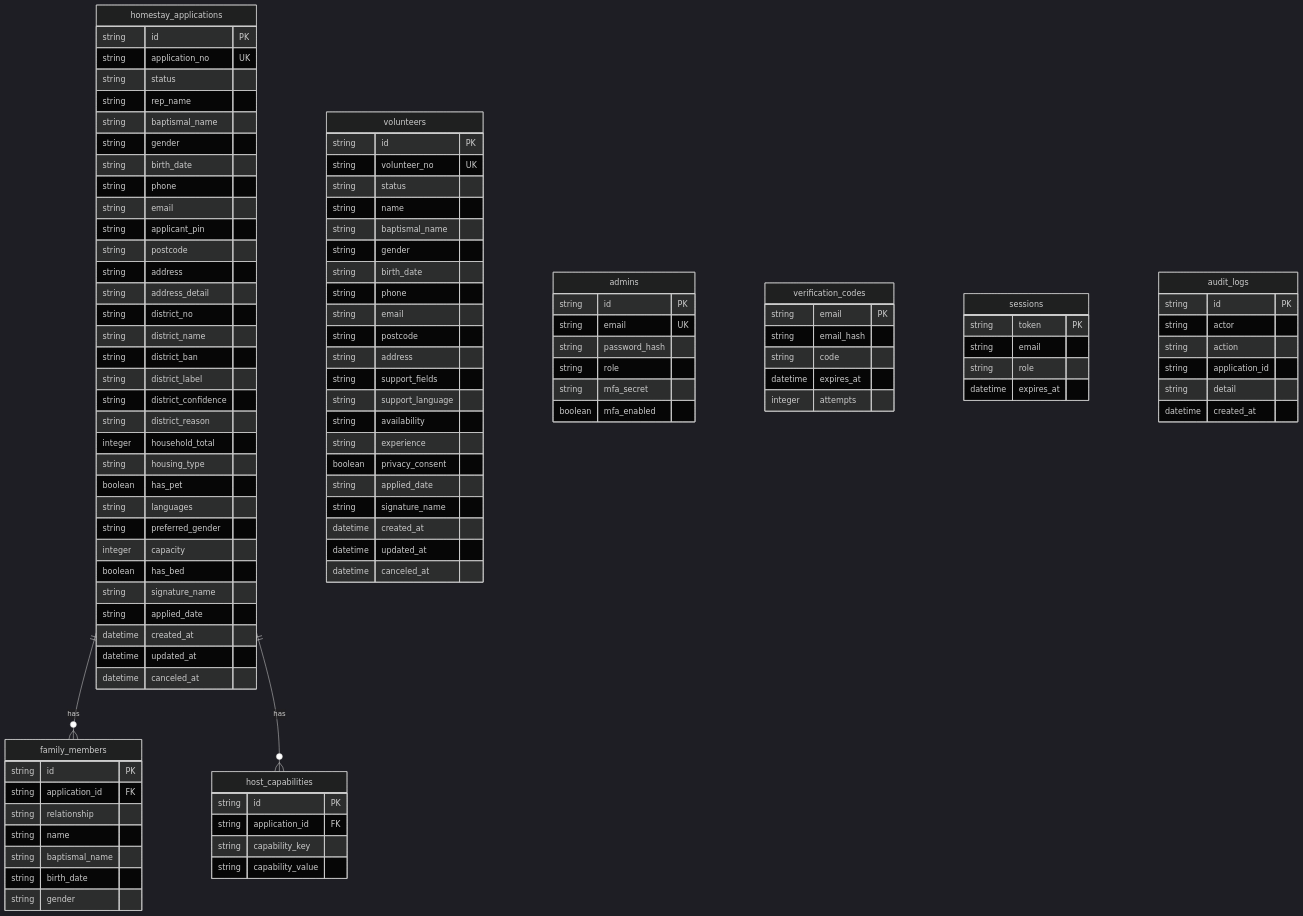
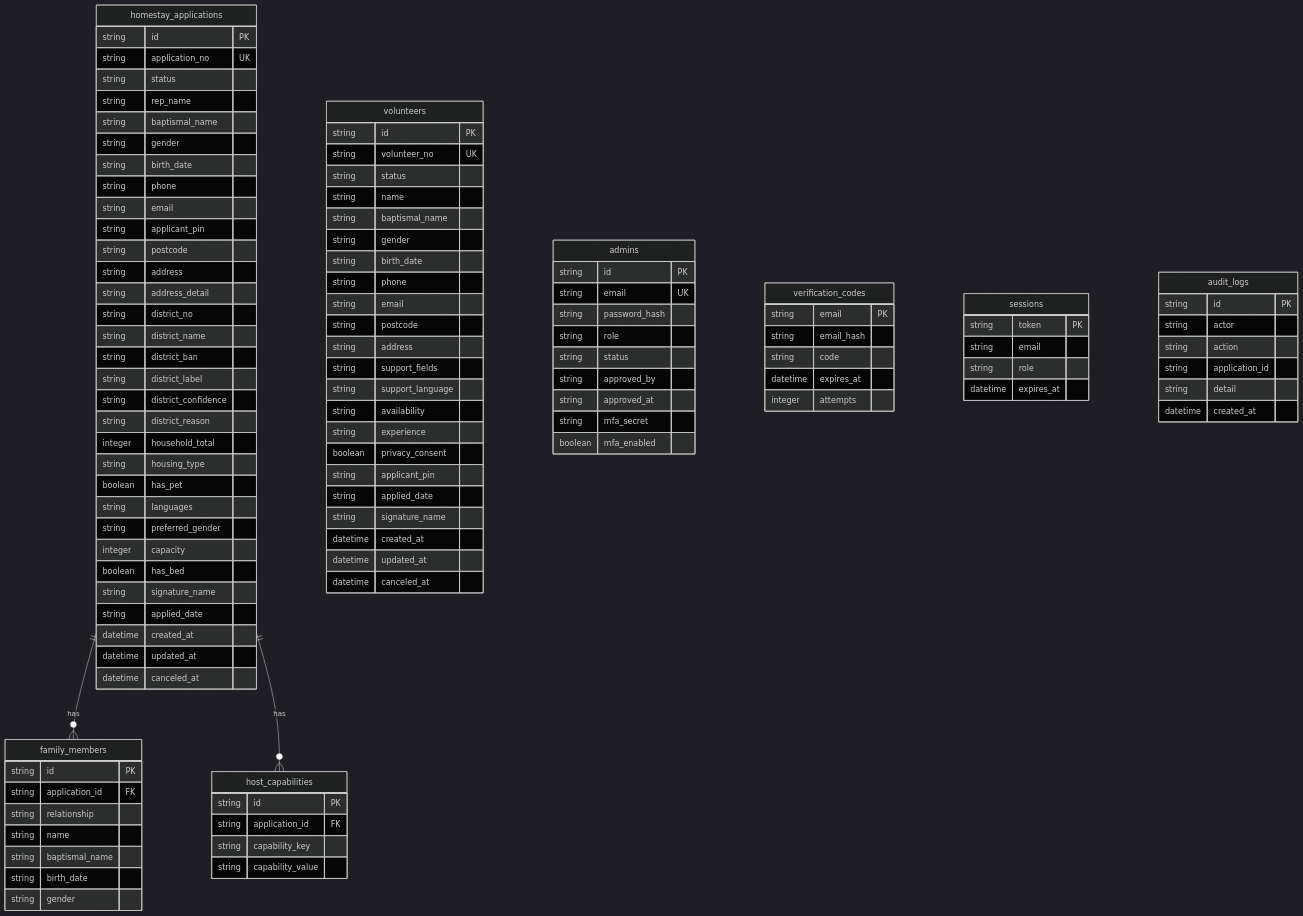
The diagram in docs/DATABASE.md (brotheroak/2027-wyd-kr-segok-management-system), drawn with Mermaid (dark theme) before and after one commit. The commit also changed other lines of this file and 9 other files, not shown here.

```diff
--- a/docs/DATABASE.md
+++ b/docs/DATABASE.md
@@ -163,6 +174,7 @@
         string availability
         string experience
         boolean privacy_consent
+        string applicant_pin
         string applied_date
         string signature_name
         datetime created_at
@@ -175,6 +187,9 @@
         string email UK
         string password_hash
         string role
+        string status
+        string approved_by
+        string approved_at
         string mfa_secret
         boolean mfa_enabled
     }
```
